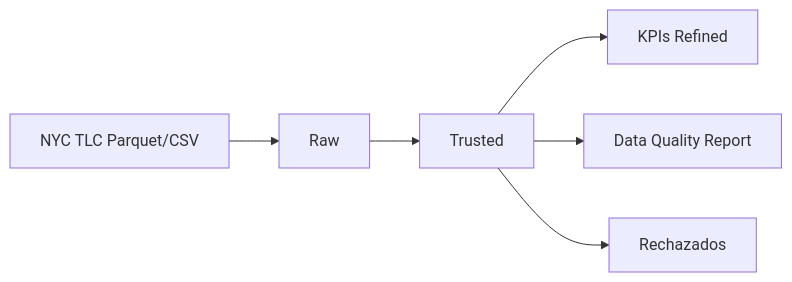
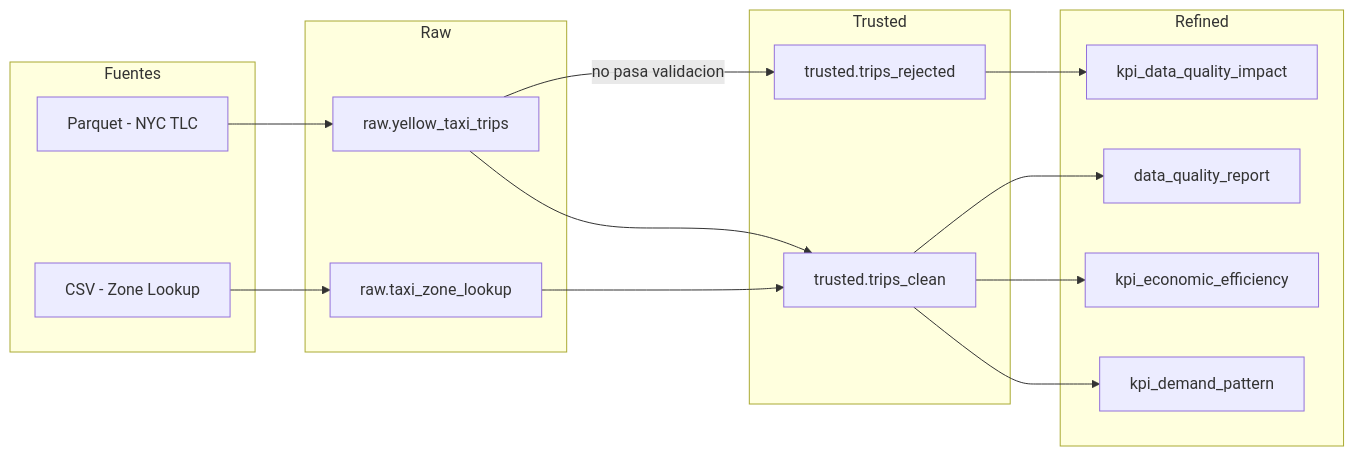
The diagram in README.md (leoar0810/nyc-taxi-etl-pipeline), drawn with Mermaid before and after one commit.

Commit message:
docs: improve mermaid diagram with full pipeline flow

````diff
--- a/README.md
+++ b/README.md
@@ -85,8 +85,34 @@
 ```mermaid
 graph LR
-    A[NYC TLC Parquet/CSV] --> B[Raw]
-    B --> C[Trusted]
-    C --> D[KPIs Refined]
-    C --> E[Data Quality Report]
-    C --> F[Rechazados]
+    subgraph Fuentes
+        P[Parquet - NYC TLC]
+        Z[CSV - Zone Lookup]
+    end
+
+    subgraph Raw
+        RT[raw.yellow_taxi_trips]
+        RZ[raw.taxi_zone_lookup]
+    end
+
+    subgraph Trusted
+        TC[trusted.trips_clean]
+        TR[trusted.trips_rejected]
+    end
+
+    subgraph Refined
+        K1[kpi_demand_pattern]
+        K2[kpi_economic_efficiency]
+        K3[kpi_data_quality_impact]
+        DQ[data_quality_report]
+    end
+
+    P --> RT
+    Z --> RZ
+    RT --> TC
+    RZ --> TC
+    TC --> K1
+    TC --> K2
+    TR --> K3
+    TC --> DQ
+    RT -->|no pasa validacion| TR
 ```
````
